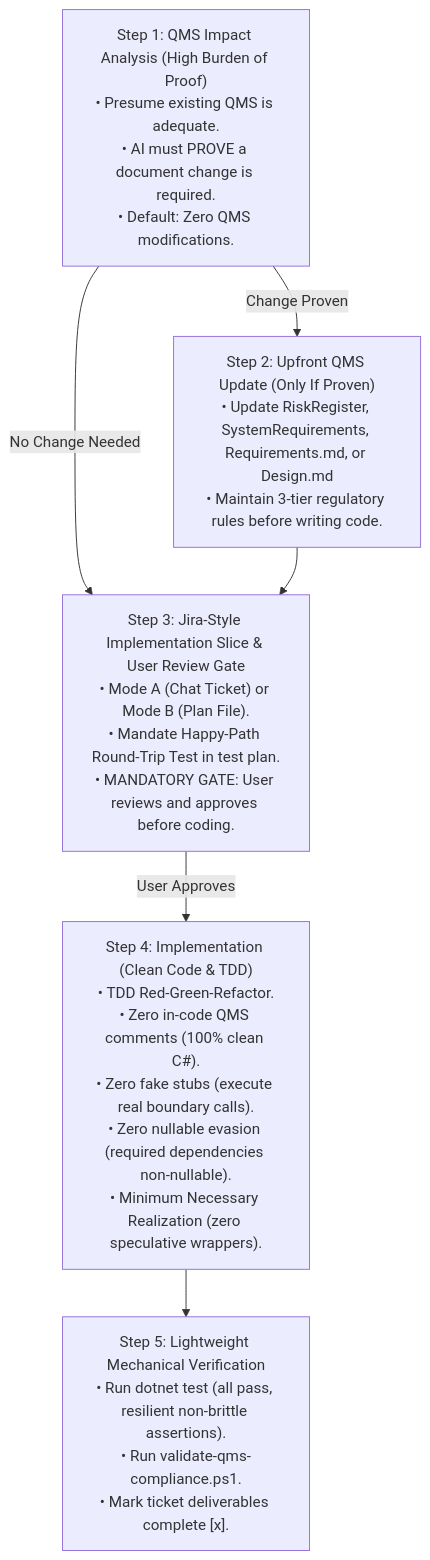
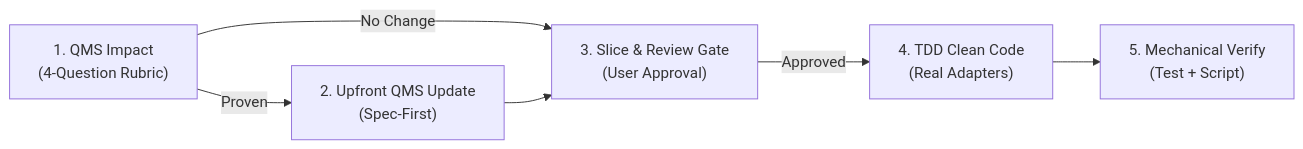
Before and after one commit to zerotwooneone/percolator: the first of 2 diagrams in source/.gemini/skills/qms-implementation-review-cycle/SKILL.md, drawn with Mermaid. The commit also changed other lines of this file and 3 other files, not shown here.

````diff
--- a/source/.gemini/skills/qms-implementation-review-cycle/SKILL.md
+++ b/source/.gemini/skills/qms-implementation-review-cycle/SKILL.md
@@ -58,14 +33,8 @@
 ```mermaid
-flowchart TD
-    S1["Step 1: QMS Impact Analysis (High Burden of Proof)<br/>• Presume existing QMS is adequate.<br/>• AI must PROVE a document change is required.<br/>• Default: Zero QMS modifications."]
-    S2["Step 2: Upfront QMS Update (Only If Proven)<br/>• Update RiskRegister, SystemRequirements, Requirements.md, or Design.md<br/>• Maintain 3-tier regulatory rules before writing code."]
-    S3["Step 3: Jira-Style Implementation Slice & User Review Gate<br/>• Mode A (Chat Ticket) or Mode B (Plan File).<br/>• Mandate Happy-Path Round-Trip Test in test plan.<br/>• MANDATORY GATE: User reviews and approves before coding."]
-    S4["Step 4: Implementation (Clean Code & TDD)<br/>• TDD Red-Green-Refactor.<br/>• Zero in-code QMS comments (100% clean C#).<br/>• Zero fake stubs (execute real boundary calls).<br/>• Zero nullable evasion (required dependencies non-nullable).<br/>• Minimum Necessary Realization (zero speculative wrappers)."]
-    S5["Step 5: Lightweight Mechanical Verification<br/>• Run dotnet test (all pass, resilient non-brittle assertions).<br/>• Run validate-qms-compliance.ps1.<br/>• Mark ticket deliverables complete [x]."]
-
-    S1 -->|Change Proven| S2
-    S1 -->|No Change Needed| S3
+flowchart LR
+    S1["1. QMS Impact<br/>(4-Question Rubric)"] -->|Proven| S2["2. Upfront QMS Update<br/>(Spec-First)"]
+    S1 -->|No Change| S3["3. Slice & Review Gate<br/>(User Approval)"]
     S2 --> S3
-    S3 -->|User Approves| S4
-    S4 --> S5
+    S3 -->|Approved| S4["4. TDD Clean Code<br/>(Real Adapters)"]
+    S4 --> S5["5. Mechanical Verify<br/>(Test + Script)"]
 ```
````
